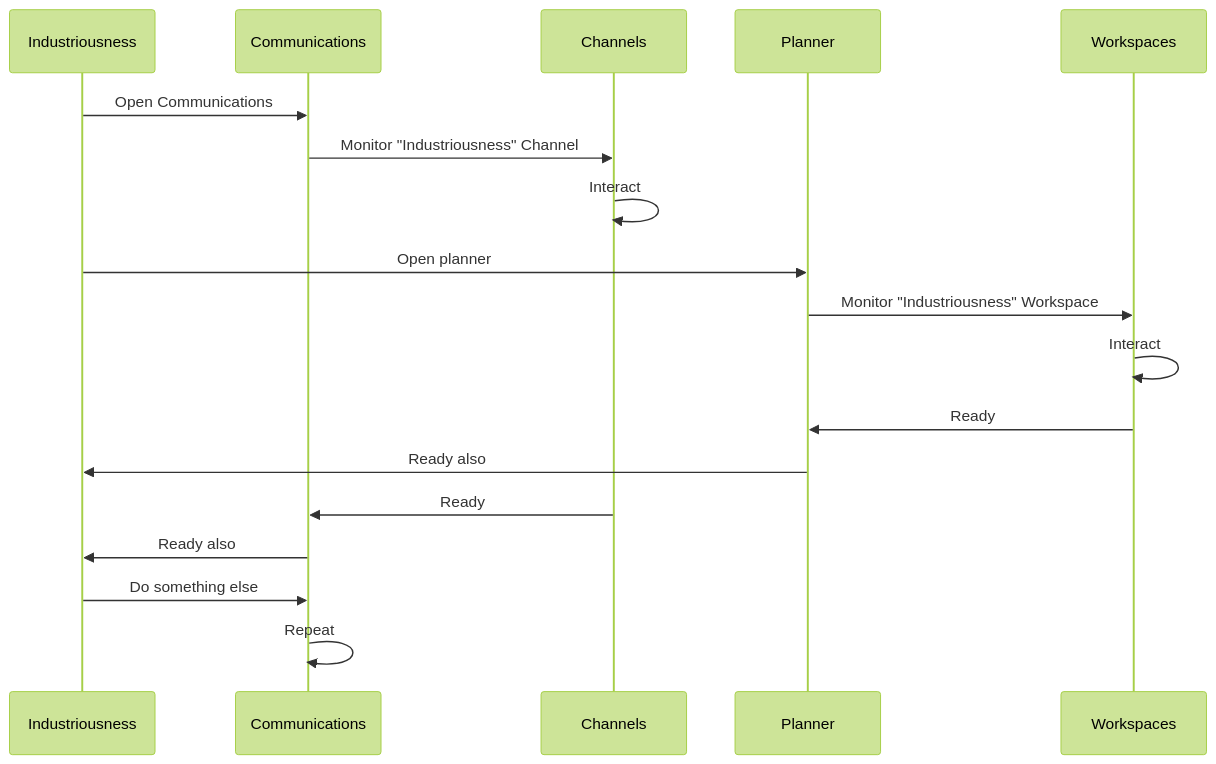
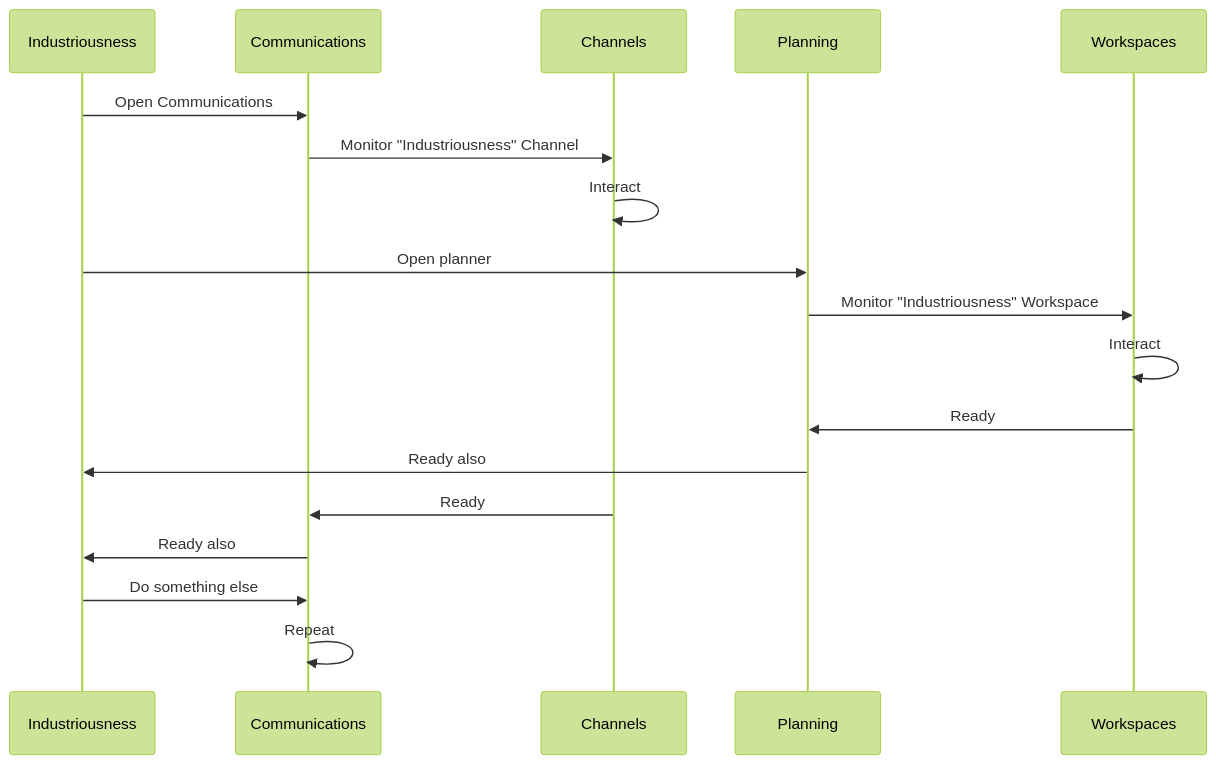
One commit to vanHeemstraSystems/industriousness changed the second of 2 diagrams in 300/README.md. Above: the diagram before and after it, drawn with Mermaid (forest theme).

````diff
--- a/300/README.md
+++ b/300/README.md
@@ -21,20 +21,20 @@
 ```mermaid
 sequenceDiagram
     participant Industriousness
     participant Communications
     participant Channels
-    participant Planner
+    participant Planning
     participant Workspaces
     Industriousness->>Communications: Open Communications
     Communications->>Channels: Monitor "Industriousness" Channel
     Channels->>Channels: Interact
-    Industriousness->>Planner: Open planner
-    Planner->>Workspaces: Monitor "Industriousness" Workspace
+    Industriousness->>Planning: Open planner
+    Planning->>Workspaces: Monitor "Industriousness" Workspace
     Workspaces->>Workspaces: Interact
-    Workspaces->>Planner: Ready
-    Planner->>Industriousness: Ready also
+    Workspaces->>Planning: Ready
+    Planning->>Industriousness: Ready also
     Channels->>Communications: Ready
     Communications->>Industriousness: Ready also
     Industriousness->>Communications: Do something else
     Communications->>Communications: Repeat
 ```
````
